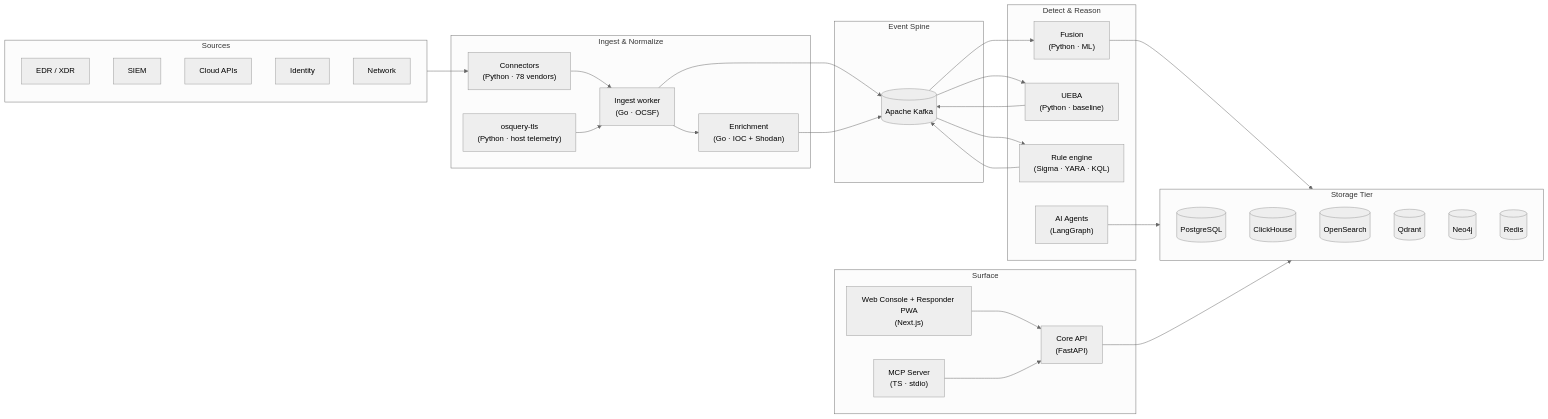
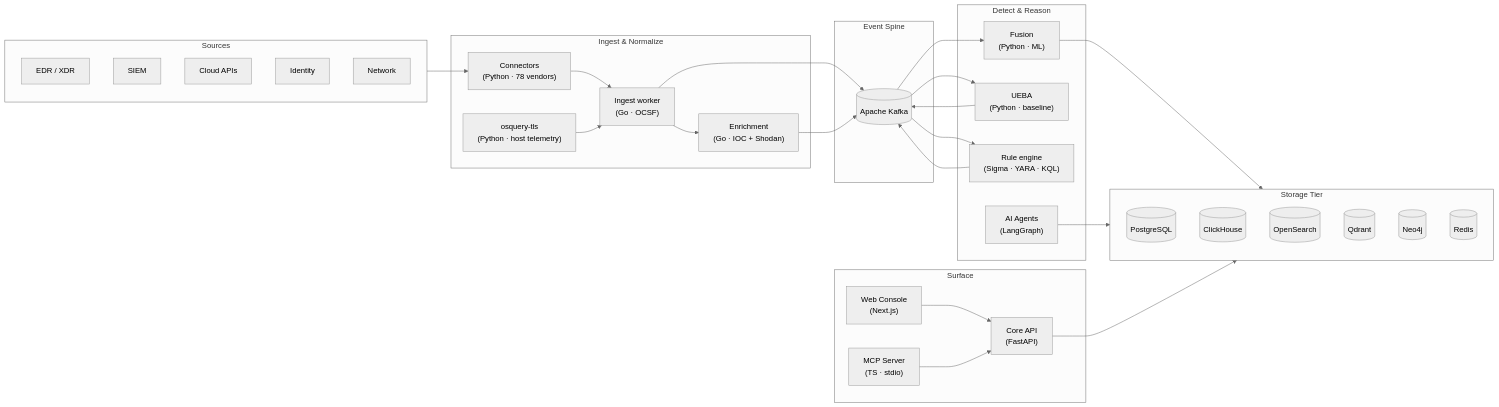
Before and after one commit to yashvinthan/aisoc: the diagram in README.md, drawn with Mermaid (neutral theme). The commit also changed other lines of this file, not shown here.

````diff
--- a/README.md
+++ b/README.md
@@ -112,54 +100,54 @@
 ```mermaid
 flowchart LR
     subgraph Sources["Sources"]
         EDR["EDR / XDR"]
         SIEM["SIEM"]
         Cloud["Cloud APIs"]
         IDP["Identity"]
         Net["Network"]
     end
 
     subgraph Ingest["Ingest & Normalize"]
         Connectors["Connectors\n(Python · 78 vendors)"]
         OsqueryTLS["osquery-tls\n(Python · host telemetry)"]
         IngestSvc["Ingest worker\n(Go · OCSF)"]
         Enrich["Enrichment\n(Go · IOC + Shodan)"]
     end
 
     subgraph Spine["Event Spine"]
         Kafka[("Apache Kafka")]
     end
 
     subgraph Detect["Detect & Reason"]
         Fusion["Fusion\n(Python · ML)"]
         UEBA["UEBA\n(Python · baseline)"]
         Rules["Rule engine\n(Sigma · YARA · KQL)"]
         Agents["AI Agents\n(LangGraph)"]
     end
 
     subgraph Storage["Storage Tier"]
         PG[("PostgreSQL")]
         CH[("ClickHouse")]
         OS[("OpenSearch")]
         QD[("Qdrant")]
         N4[("Neo4j")]
         RD[("Redis")]
     end
 
     subgraph Surface["Surface"]
         API["Core API\n(FastAPI)"]
-        Web["Web Console + Responder PWA\n(Next.js)"]
+        Web["Web Console\n(Next.js)"]
         MCP["MCP Server\n(TS · stdio)"]
     end
 
     Sources --> Connectors --> IngestSvc --> Kafka
     OsqueryTLS --> IngestSvc
     IngestSvc --> Enrich --> Kafka
     Kafka --> Fusion --> Storage
     Kafka --> UEBA --> Kafka
     Kafka --> Rules --> Kafka
     Agents --> Storage
     API --> Storage
     Web --> API
     MCP --> API
 ```
````
